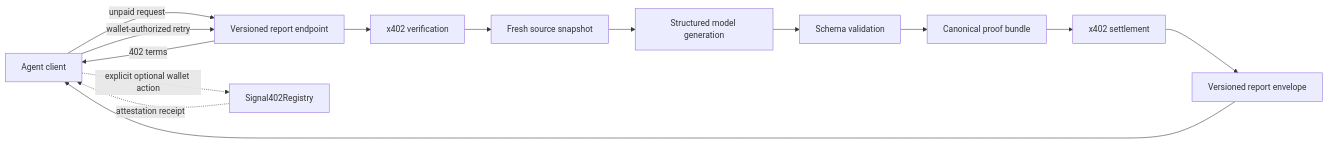
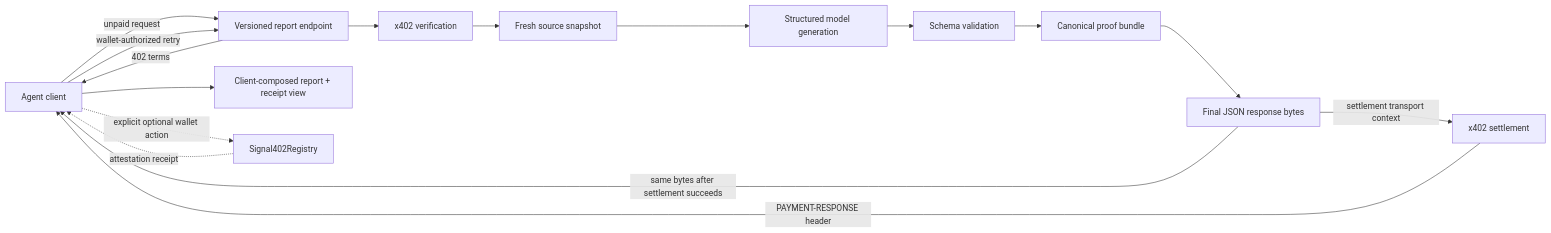
One commit to zedili/Signal402-Arbitrum-Singapore changed the second of 2 diagrams in docs/agent-protocol-wireframe.md. Above: the diagram before and after it, drawn with Mermaid. The commit also changed other lines of this file and 4 other files, not shown here.

````diff
--- a/docs/agent-protocol-wireframe.md
+++ b/docs/agent-protocol-wireframe.md
@@ -39,16 +39,18 @@
 ```mermaid
 flowchart LR
     A[Agent client] -->|unpaid request| B[Versioned report endpoint]
     B -->|402 terms| A
     A -->|wallet-authorized retry| B
     B --> C[x402 verification]
     C --> D[Fresh source snapshot]
     D --> E[Structured model generation]
     E --> F[Schema validation]
     F --> G[Canonical proof bundle]
-    G --> H[x402 settlement]
-    H --> I[Versioned report envelope]
-    I --> A
+    G --> K[Final JSON response bytes]
+    K -->|settlement transport context| H[x402 settlement]
+    H -->|PAYMENT-RESPONSE header| A
+    K -->|same bytes after settlement succeeds| A
+    A --> I[Client-composed report + receipt view]
     A -. explicit optional wallet action .-> J[Signal402Registry]
     J -. attestation receipt .-> A
 ```
````
